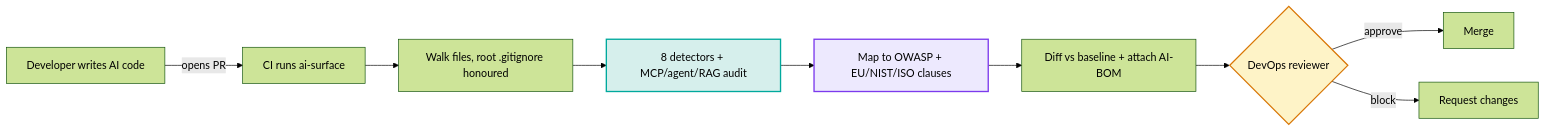
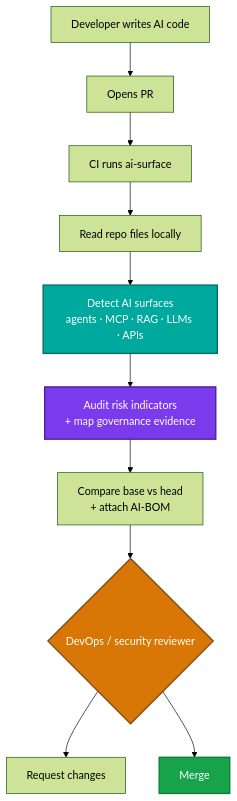
Before and after one commit to actions-marketplace-validations/apisec-inc_AI-Surface: the diagram in README.md, drawn with Mermaid (forest theme). The commit also changed other lines of this file and 38 other files, not shown here.

````diff
--- a/README.md
+++ b/README.md
@@ -277,15 +359,17 @@
 ```mermaid
-flowchart LR
-    A[Developer writes AI code] -->|opens PR| B[CI runs ai-surface]
-    B --> C[Walk files, root .gitignore honoured]
-    C --> D[8 detectors + MCP/agent/RAG audit]
-    D --> E[Map to OWASP + EU/NIST/ISO clauses]
-    E --> F[Diff vs baseline + attach AI-BOM]
-    F --> G{DevOps reviewer}
-    G -->|approve| H[Merge]
-    G -->|block| I[Request changes]
+flowchart TD
+    A[Developer writes AI code] --> B[Opens PR]
+    B --> C[CI runs ai-surface]
+    C --> D[Read repo files locally]
+    D --> E[Detect AI surfaces<br/>agents · MCP · RAG · LLMs · APIs]
+    E --> F[Audit risk indicators<br/>+ map governance evidence]
+    F --> G[Compare base vs head<br/>+ attach AI-BOM]
+    G --> H{DevOps / security reviewer}
+    H --> I[Request changes]
+    H --> J[Merge]
 
-    style D fill:#d6efec,stroke:#00a99d,stroke-width:2px
-    style E fill:#ede9fe,stroke:#7c3aed,stroke-width:2px
-    style G fill:#fef3c7,stroke:#d97706,stroke-width:2px
+    style E fill:#00a99d,stroke:#0b6b63,stroke-width:2px,color:#ffffff
+    style F fill:#7c3aed,stroke:#4c1d95,stroke-width:2px,color:#ffffff
+    style H fill:#d97706,stroke:#7c4a14,stroke-width:2px,color:#ffffff
+    style J fill:#16a34a,stroke:#0f7a37,stroke-width:2px,color:#ffffff
 ```
````
